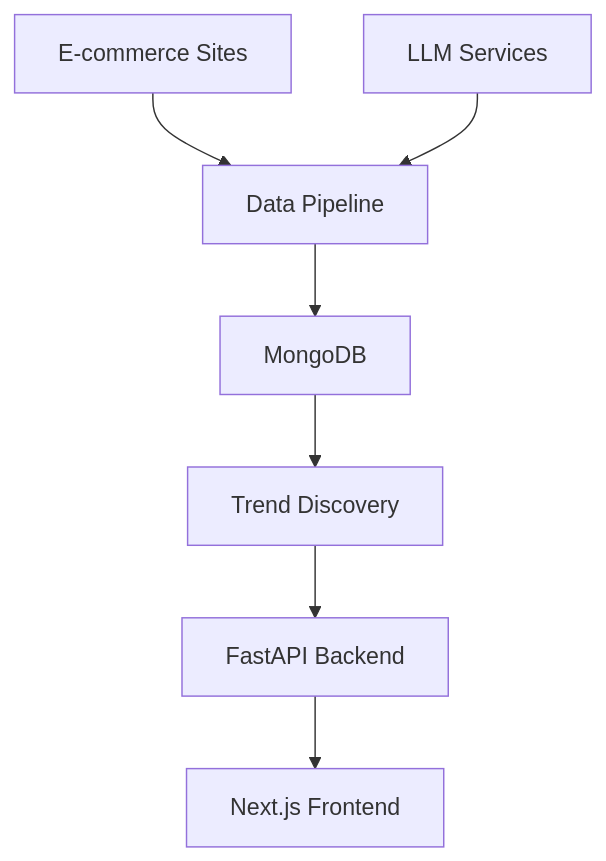
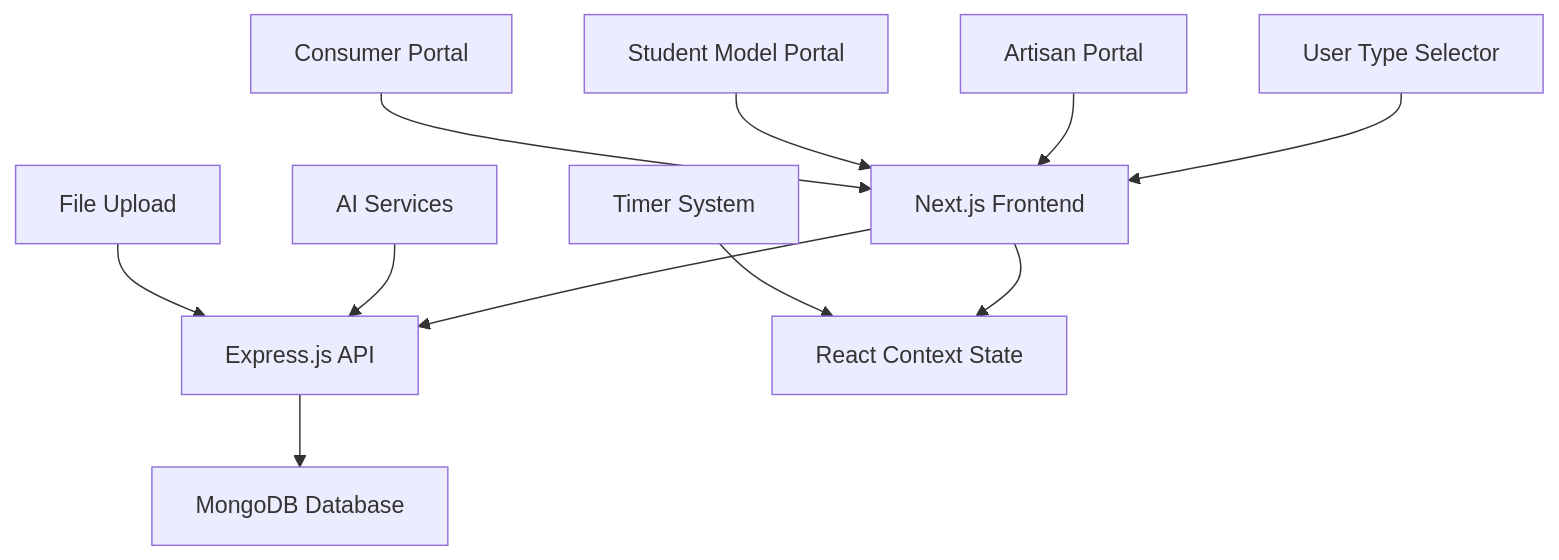
Before and after one commit to Arshil-Github/looma: the diagram in README.md, drawn with Mermaid. The commit also changed other lines of this file and 22 other files, not shown here.

Commit message:
iteration on the consumer side and a three way architecture

````diff
--- a/README.md
+++ b/README.md
@@ -37,9 +55,13 @@
 ```mermaid
 graph TB
-    A[Data Pipeline] --> B[MongoDB]
-    B --> C[Trend Discovery]
-    C --> D[FastAPI Backend]
-    D --> E[Next.js Frontend]
-    F[E-commerce Sites] --> A
-    G[LLM Services] --> A
+    A[Next.js Frontend] --> B[Express.js API]
+    B --> C[MongoDB Database]
+    A --> D[React Context State]
+    E[User Type Selector] --> A
+    F[Artisan Portal] --> A
+    G[Student Model Portal] --> A
+    H[Consumer Portal] --> A
+    I[AI Services] --> B
+    J[File Upload] --> B
+    K[Timer System] --> D
 ```
````
